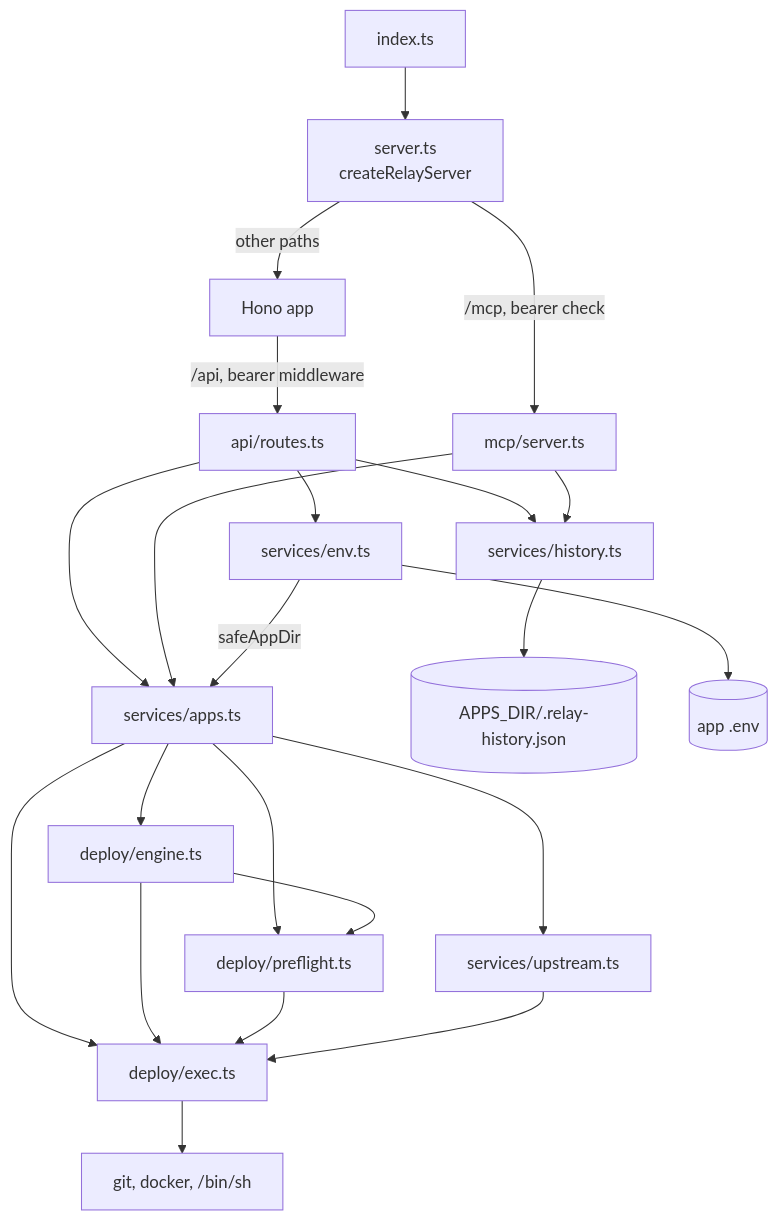
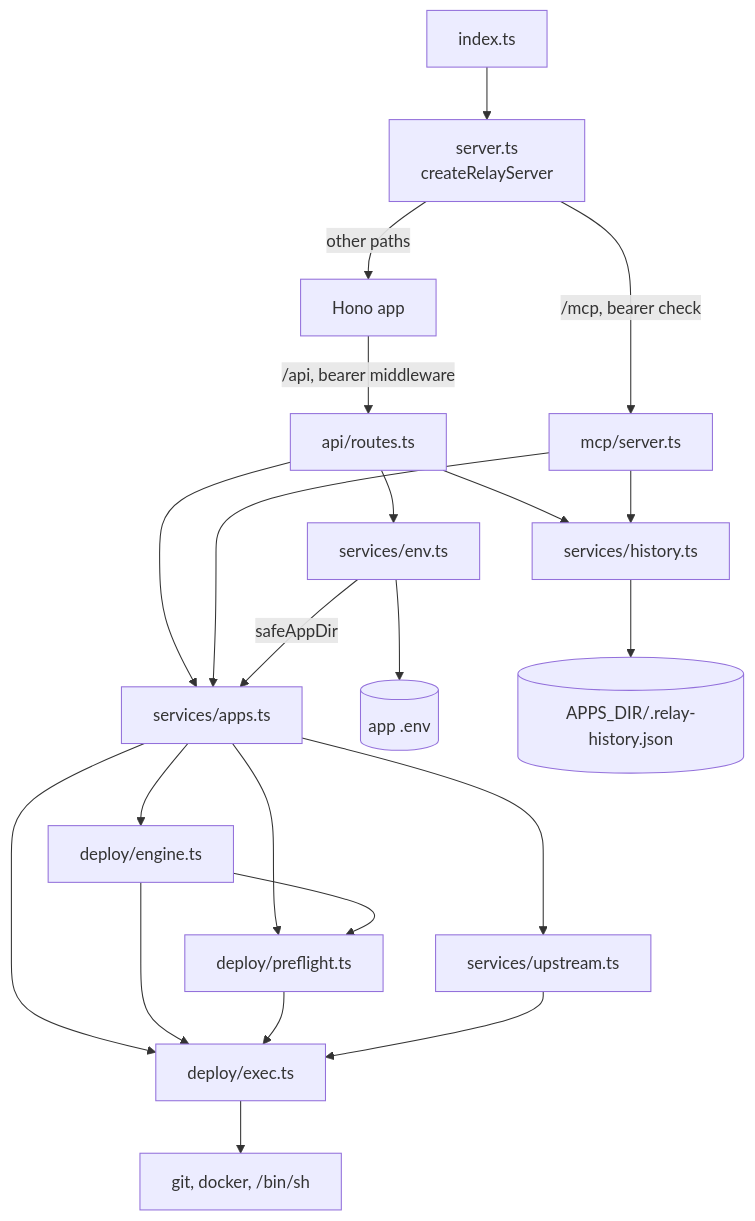
The diagram in CONTRIBUTING.md (LanNguyenSi/agent-relay), drawn with Mermaid before and after one commit. The commit also changed other lines of this file and 1 other file, not shown here.

````diff
--- a/CONTRIBUTING.md
+++ b/CONTRIBUTING.md
@@ -50,24 +50,24 @@
 ```mermaid
 flowchart TD
     IDX["index.ts"] --> SRV["server.ts<br/>createRelayServer"]
     SRV -->|"/mcp, bearer check"| MCP["mcp/server.ts"]
     SRV -->|"other paths"| HONO["Hono app"]
     HONO -->|"/api, bearer middleware"| ROUTES["api/routes.ts"]
     ROUTES --> APPS["services/apps.ts"]
     ROUTES --> ENVSVC["services/env.ts"]
     ROUTES --> HIST["services/history.ts"]
+    ENVSVC --> EF[("app .env")]
+    HIST --> HF[("APPS_DIR/.relay-history.json")]
     MCP --> APPS
     MCP --> HIST
     ENVSVC -->|"safeAppDir"| APPS
     APPS --> ENGINE["deploy/engine.ts"]
     APPS --> PRE["deploy/preflight.ts"]
     APPS --> UP["services/upstream.ts"]
     APPS --> EXEC["deploy/exec.ts"]
     ENGINE --> PRE
     ENGINE --> EXEC
     PRE --> EXEC
     UP --> EXEC
     EXEC --> SUB["git, docker, /bin/sh"]
-    HIST --> HF[("APPS_DIR/.relay-history.json")]
-    ENVSVC --> EF[("app .env")]
 ```
````
